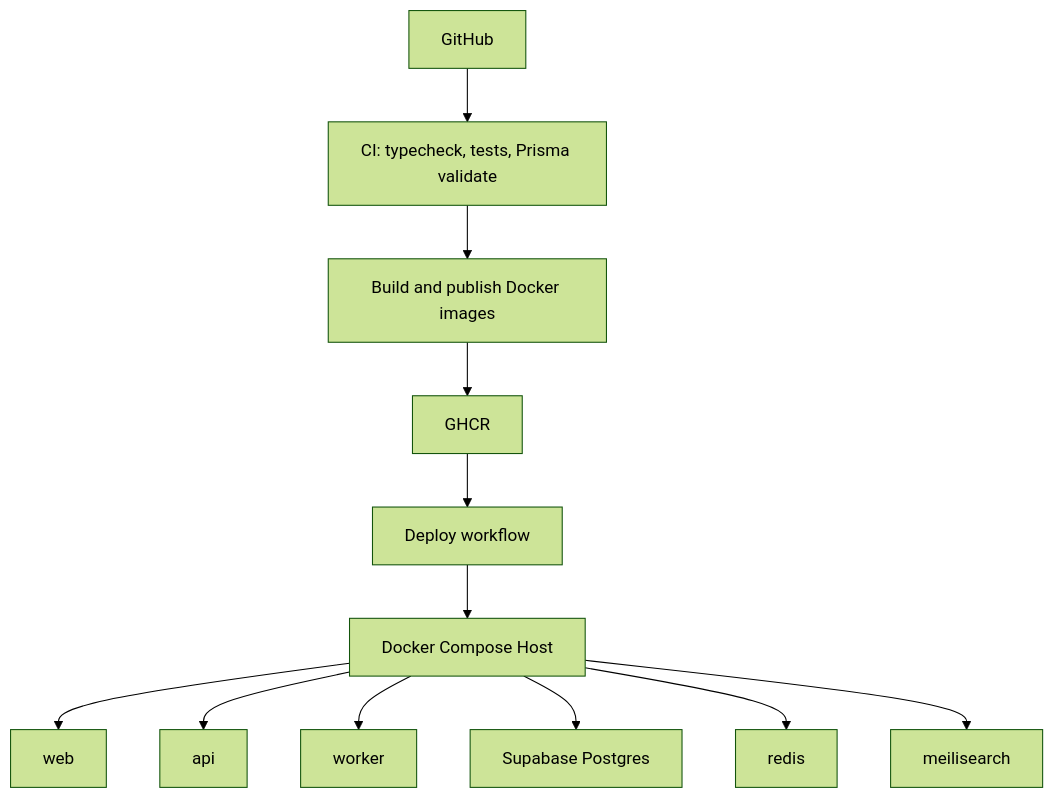
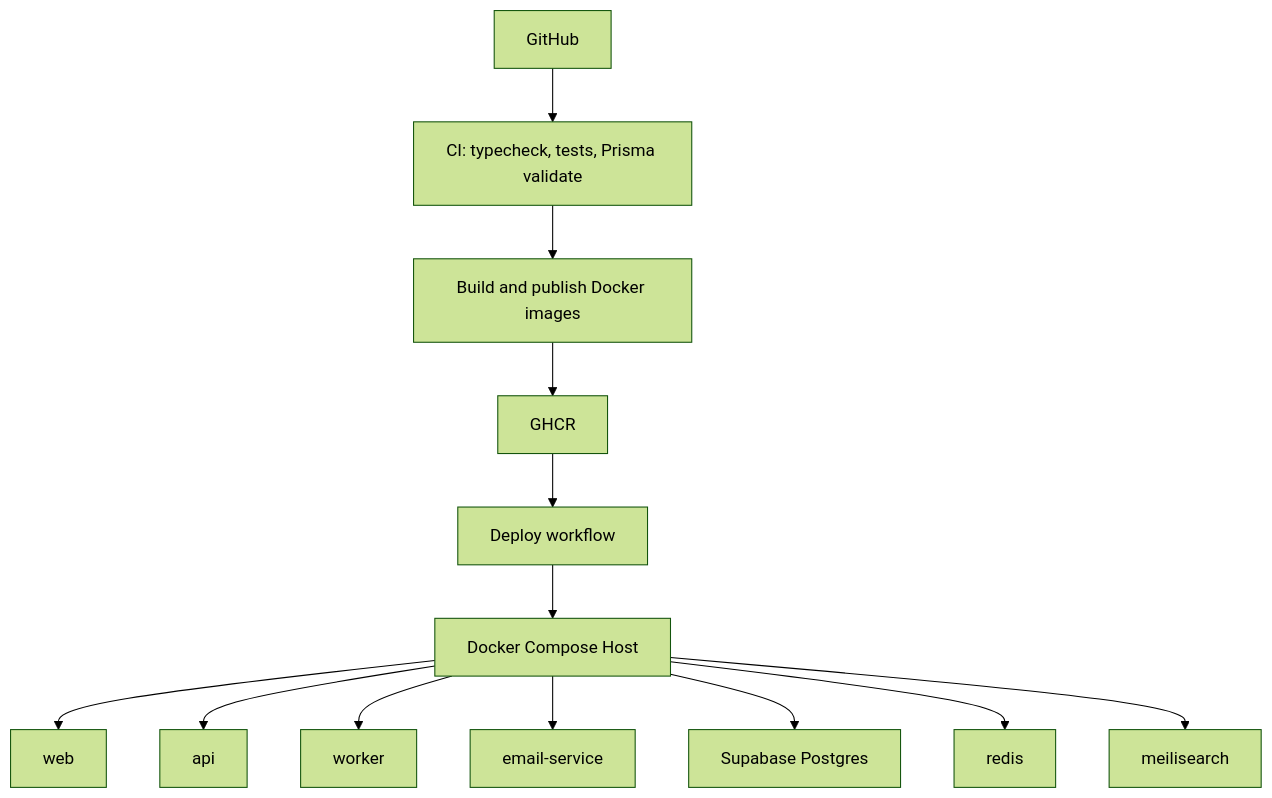
One commit to SpySparsh/distributed-commerce-platform changed the eighth of 8 diagrams in README.md. Above: the diagram before and after it, drawn with Mermaid (forest theme). The commit also changed other lines of this file and 32 other files, not shown here.

Commit message:
Add internal email service for transactional mail

````diff
--- a/README.md
+++ b/README.md
@@ -283,15 +312,16 @@
 ```mermaid
 flowchart TD
   GitHub["GitHub"] --> CI["CI: typecheck, tests, Prisma validate"]
   CI --> Publish["Build and publish Docker images"]
   Publish --> GHCR["GHCR"]
   GHCR --> Deploy["Deploy workflow"]
   Deploy --> Host["Docker Compose Host"]
 
   Host --> Web["web"]
   Host --> API["api"]
   Host --> Worker["worker"]
+  Host --> Email["email-service"]
   Host --> Supabase["Supabase Postgres"]
   Host --> Redis["redis"]
   Host --> Meili["meilisearch"]
 ```
````
